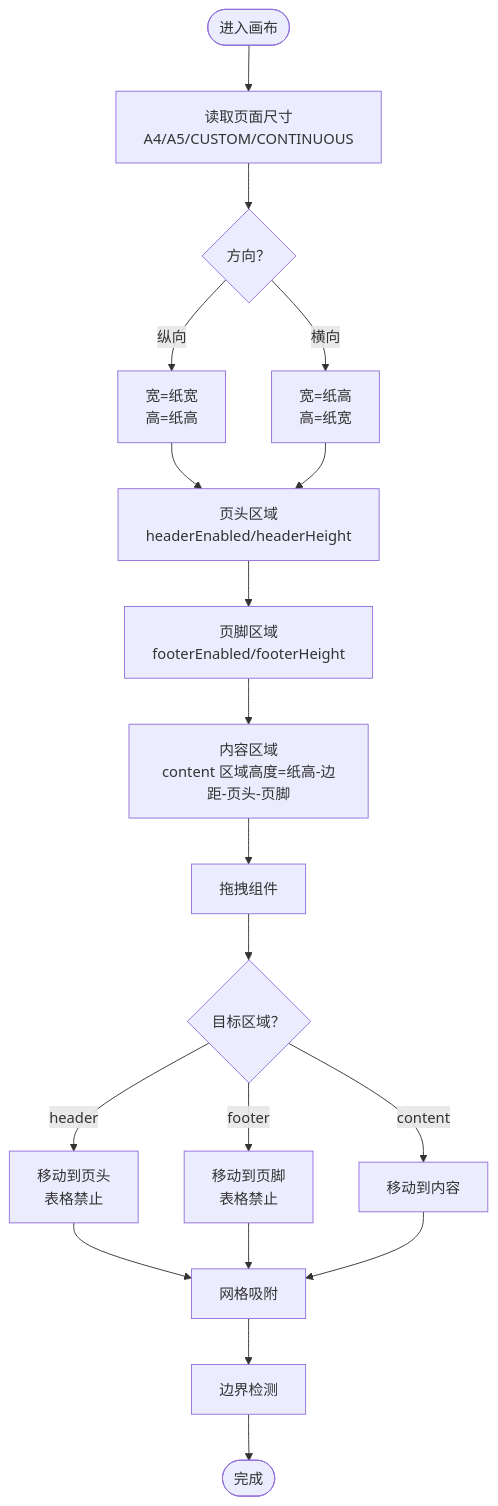
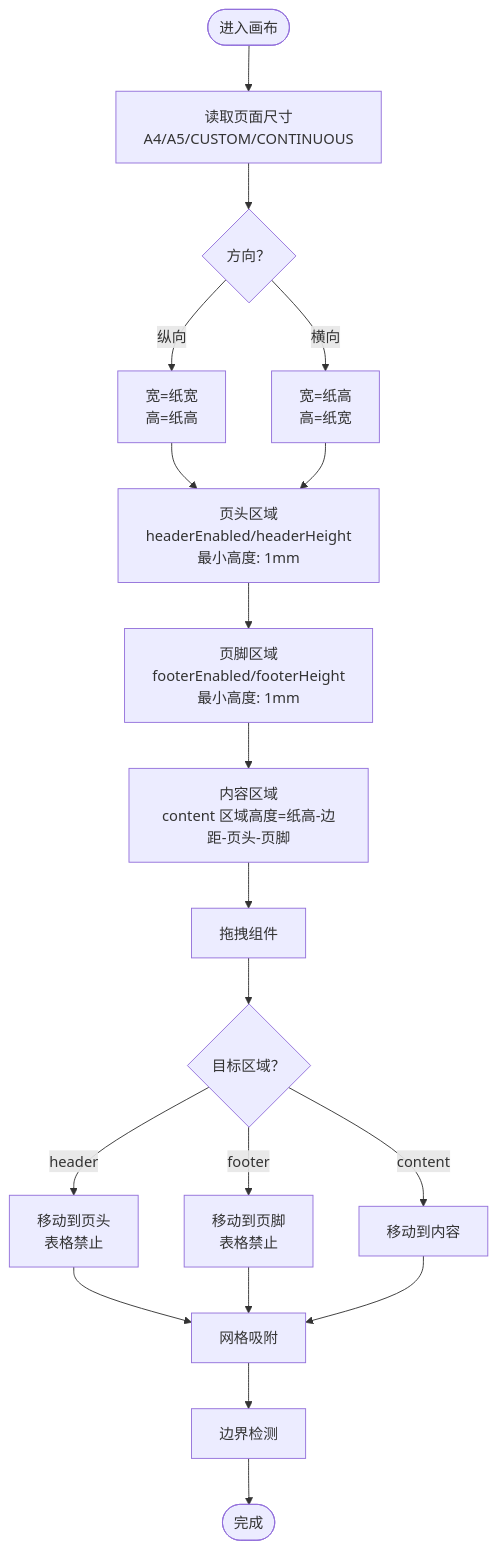
The fourth of 9 diagrams in .qoder/repowiki/zh/content/设计器使用指南/设计器使用指南.md (joker-yjc/printer), drawn with Mermaid before and after one commit. The commit also changed other lines of this file and 121 other files, not shown here.

````diff
--- a/.qoder/repowiki/zh/content/设计器使用指南/设计器使用指南.md
+++ b/.qoder/repowiki/zh/content/设计器使用指南/设计器使用指南.md
@@ -229,21 +234,21 @@
 ```mermaid
 flowchart TD
 Start(["进入画布"]) --> CheckSize["读取页面尺寸<br/>A4/A5/CUSTOM/CONTINUOUS"]
 CheckSize --> Orientation{"方向？"}
 Orientation --> |纵向| Page["宽=纸宽<br/>高=纸高"]
 Orientation --> |横向| Page2["宽=纸高<br/>高=纸宽"]
-Page --> Header["页头区域<br/>headerEnabled/headerHeight"]
+Page --> Header["页头区域<br/>headerEnabled/headerHeight<br/>最小高度: 1mm"]
 Page2 --> Header
-Header --> Footer["页脚区域<br/>footerEnabled/footerHeight"]
+Header --> Footer["页脚区域<br/>footerEnabled/footerHeight<br/>最小高度: 1mm"]
 Footer --> Content["内容区域<br/>content 区域高度=纸高-边距-页头-页脚"]
 Content --> Drag["拖拽组件"]
 Drag --> Section{"目标区域？"}
 Section --> |header| MoveH["移动到页头<br/>表格禁止"]
 Section --> |footer| MoveF["移动到页脚<br/>表格禁止"]
 Section --> |content| MoveC["移动到内容"]
 MoveH --> Snap["网格吸附"]
 MoveF --> Snap
 MoveC --> Snap
 Snap --> Bounds["边界检测"]
 Bounds --> End(["完成"])
 ```
````
